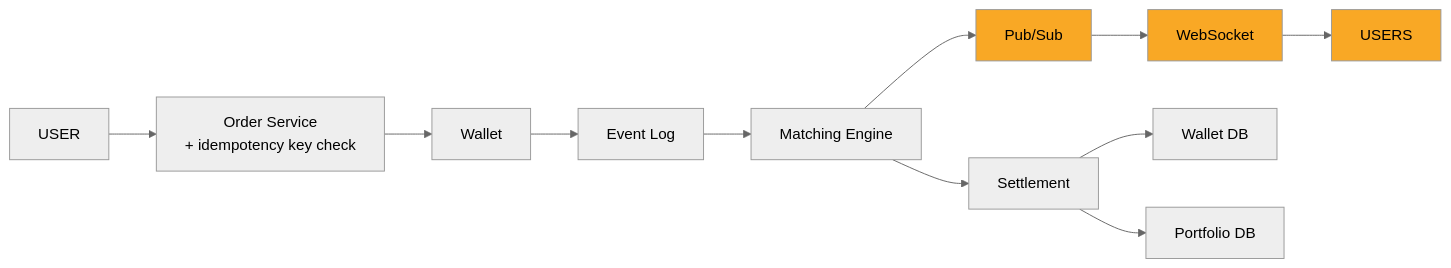
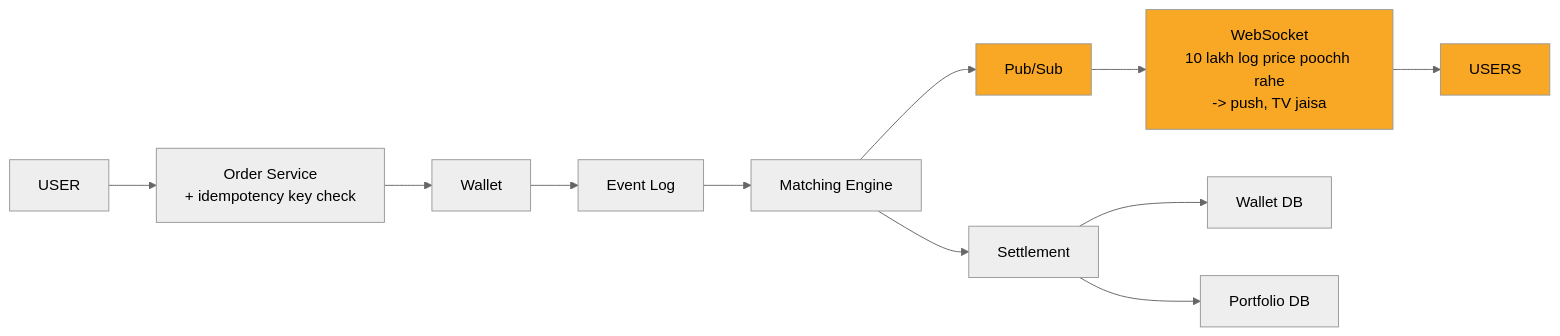
The ninth of 10 diagrams in 04_HLD/SYSTEM_DESIGNS/05_stock_broker_trading/05_stock_broker_trading.md (ArpanMaheshwari144/Prep), drawn with Mermaid (neutral theme) before and after one commit. The commit also changed other lines of this file, not shown here.

````diff
--- a/04_HLD/SYSTEM_DESIGNS/05_stock_broker_trading/05_stock_broker_trading.md
+++ b/04_HLD/SYSTEM_DESIGNS/05_stock_broker_trading/05_stock_broker_trading.md
@@ -380,27 +380,27 @@
 ```mermaid
 flowchart LR
     n_USER["USER"]
     n_Order_Service["Order Service<br/>+ idempotency key check"]
     n_Wallet["Wallet"]
     n_Event_Log["Event Log"]
     n_Matching_Engine["Matching Engine"]
     n_Pub_Sub["Pub/Sub"]
-    n_WebSocket["WebSocket"]
+    n_WebSocket["WebSocket<br/>10 lakh log price poochh rahe<br/>-> push, TV jaisa"]
     n_USERS["USERS"]
     n_Settlement["Settlement"]
     n_Wallet_DB["Wallet DB"]
     n_Portfolio_DB["Portfolio DB"]
     n_USER --> n_Order_Service
     n_Order_Service --> n_Wallet
     n_Wallet --> n_Event_Log
     n_Event_Log --> n_Matching_Engine
     n_Matching_Engine --> n_Settlement
     n_Settlement --> n_Wallet_DB
     n_Settlement --> n_Portfolio_DB
     n_Matching_Engine --> n_Pub_Sub
     n_Pub_Sub --> n_WebSocket
     n_WebSocket --> n_USERS
     style n_Pub_Sub fill:#f9a825,color:#000
     style n_WebSocket fill:#f9a825,color:#000
     style n_USERS fill:#f9a825,color:#000
 ```
````
